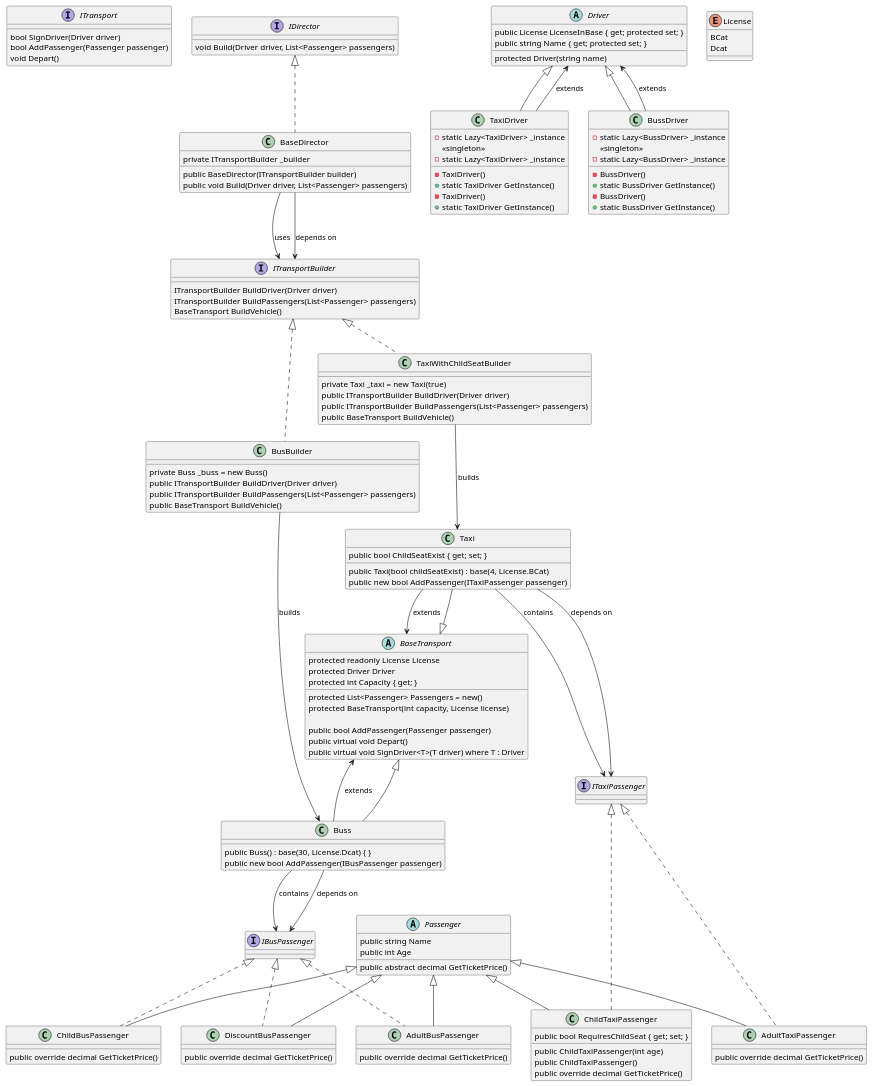
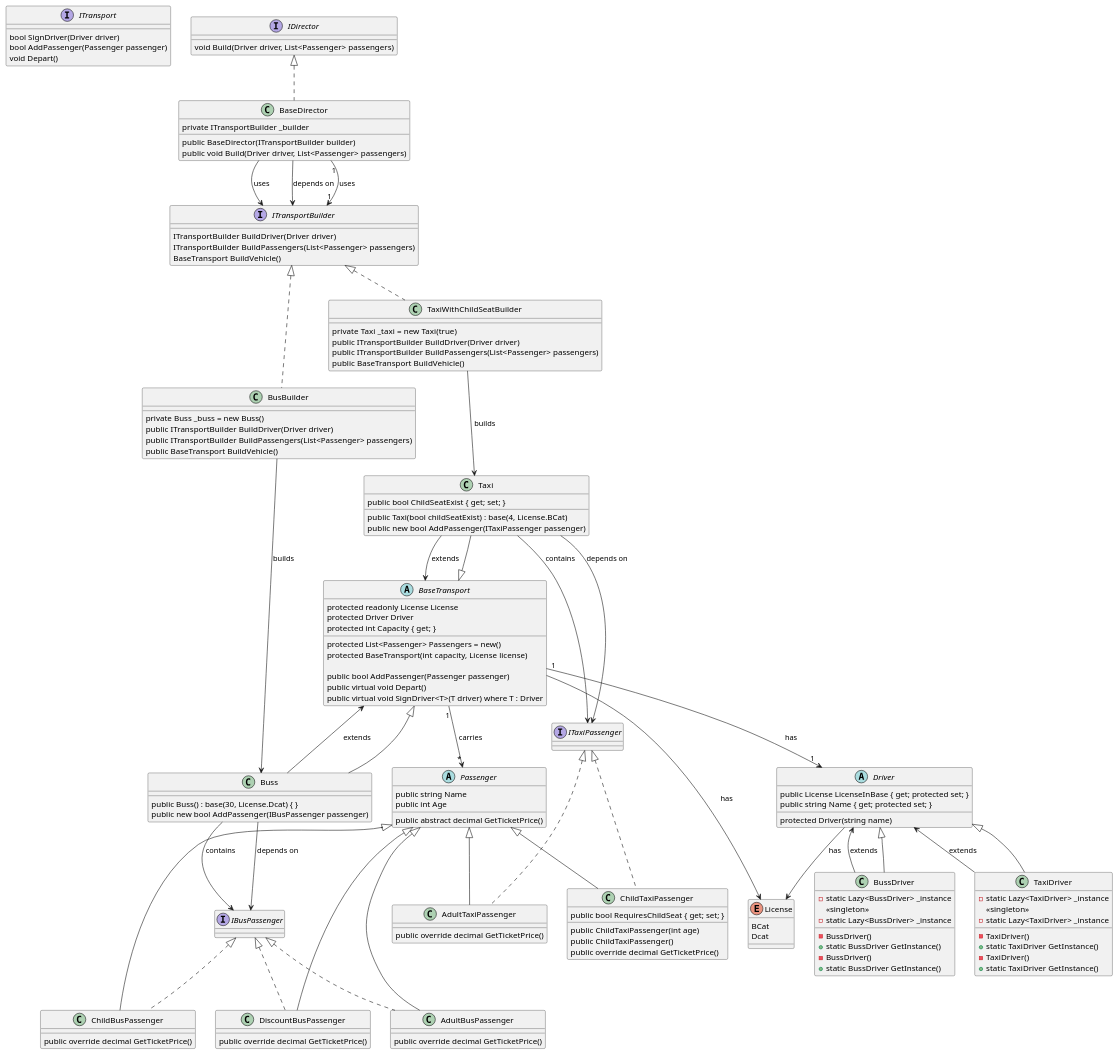
One commit to Gandoler/PatternsLab changed the diagram in Second_Lab/SecondLabUml.puml. Above: the diagram before and after it, drawn with PlantUML. The commit also changed 10 other files, not shown here.

```diff
--- a/Second_Lab/SecondLabUml.puml
+++ b/Second_Lab/SecondLabUml.puml
@@ -1,145 +1,150 @@
 @startuml
 interface ITransport {
     bool SignDriver(Driver driver)
     bool AddPassenger(Passenger passenger)
     void Depart()
 }
 
 class Taxi extends BaseTransport {
     public bool ChildSeatExist { get; set; }
     public Taxi(bool childSeatExist) : base(4, License.BCat)
     public new bool AddPassenger(ITaxiPassenger passenger)
 }
 
 class Buss extends BaseTransport {
     public Buss() : base(30, License.Dcat) { }
     public new bool AddPassenger(IBusPassenger passenger)
 }
 
 abstract class BaseTransport {
     protected readonly License License
     protected Driver Driver
     protected List<Passenger> Passengers = new()
     protected int Capacity { get; }
     
     protected BaseTransport(int capacity, License license)
     
     public bool AddPassenger(Passenger passenger)
     public virtual void Depart()
     public virtual void SignDriver<T>(T driver) where T : Driver
 }
 
 abstract class Passenger {
     public string Name
     public int Age
     public abstract decimal GetTicketPrice()
 }
 
 interface ITaxiPassenger {}
 
 class ChildTaxiPassenger extends Passenger implements ITaxiPassenger {
     public bool RequiresChildSeat { get; set; }
     
     public ChildTaxiPassenger(int age)
     public ChildTaxiPassenger()
     public override decimal GetTicketPrice()
 }
 
 class AdultTaxiPassenger extends Passenger implements ITaxiPassenger {
     public override decimal GetTicketPrice()
 }
 
 interface IBusPassenger {}
 
 class DiscountBusPassenger extends Passenger implements IBusPassenger {
     public override decimal GetTicketPrice()
 }
 
 class ChildBusPassenger extends Passenger implements IBusPassenger {
     public override decimal GetTicketPrice()
 }
 
 class AdultBusPassenger extends Passenger implements IBusPassenger {
     public override decimal GetTicketPrice()
 }
 
 abstract class Driver {
     public License LicenseInBase { get; protected set; }
     public string Name { get; protected set; }
     protected Driver(string name)
 }
 
 enum License {
     BCat
     Dcat
 }
 
 class TaxiDriver extends Driver {
     -static Lazy<TaxiDriver> _instance
     -TaxiDriver()
     +static TaxiDriver GetInstance()
 }
 TaxiDriver : <<singleton>>
 TaxiDriver : -static Lazy<TaxiDriver> _instance
 TaxiDriver : -TaxiDriver()
 TaxiDriver : +static TaxiDriver GetInstance()
 
 class BussDriver extends Driver {
     -static Lazy<BussDriver> _instance
     -BussDriver()
     +static BussDriver GetInstance()
 }
 BussDriver : <<singleton>>
 BussDriver : -static Lazy<BussDriver> _instance
 BussDriver : -BussDriver()
 BussDriver : +static BussDriver GetInstance()
 
 interface IDirector {
     void Build(Driver driver, List<Passenger> passengers)
 }
 
 class BaseDirector implements IDirector {
     private ITransportBuilder _builder
     public BaseDirector(ITransportBuilder builder)
     public void Build(Driver driver, List<Passenger> passengers)
 }
 
 interface ITransportBuilder {
     ITransportBuilder BuildDriver(Driver driver)
     ITransportBuilder BuildPassengers(List<Passenger> passengers)
     BaseTransport BuildVehicle()
 }
 
 class BusBuilder implements ITransportBuilder {
     private Buss _buss = new Buss()
     public ITransportBuilder BuildDriver(Driver driver)
     public ITransportBuilder BuildPassengers(List<Passenger> passengers)
     public BaseTransport BuildVehicle()
 }
 
 class TaxiWithChildSeatBuilder implements ITransportBuilder {
     private Taxi _taxi = new Taxi(true)
     public ITransportBuilder BuildDriver(Driver driver)
     public ITransportBuilder BuildPassengers(List<Passenger> passengers)
     public BaseTransport BuildVehicle()
 }
 
 ' --- Связи --- '
 
 Taxi --> ITaxiPassenger : contains
 Buss --> IBusPassenger : contains
 
 TaxiDriver --> Driver : extends
 BussDriver --> Driver : extends
 Taxi --> BaseTransport : extends
 Buss --> BaseTransport : extends
 
 Taxi --> ITaxiPassenger : depends on
 Buss --> IBusPassenger : depends on
 
 BaseDirector --> ITransportBuilder : uses
 BusBuilder --> Buss : builds
 TaxiWithChildSeatBuilder --> Taxi : builds
 BaseDirector --> ITransportBuilder : depends on
 
+BaseTransport "1" --> "1" Driver : has
+BaseTransport "1" --> "*" Passenger : carries
+BaseDirector "1" --> "1" ITransportBuilder : uses
+Driver --> License : has
+BaseTransport --> License : has
 @enduml
```
